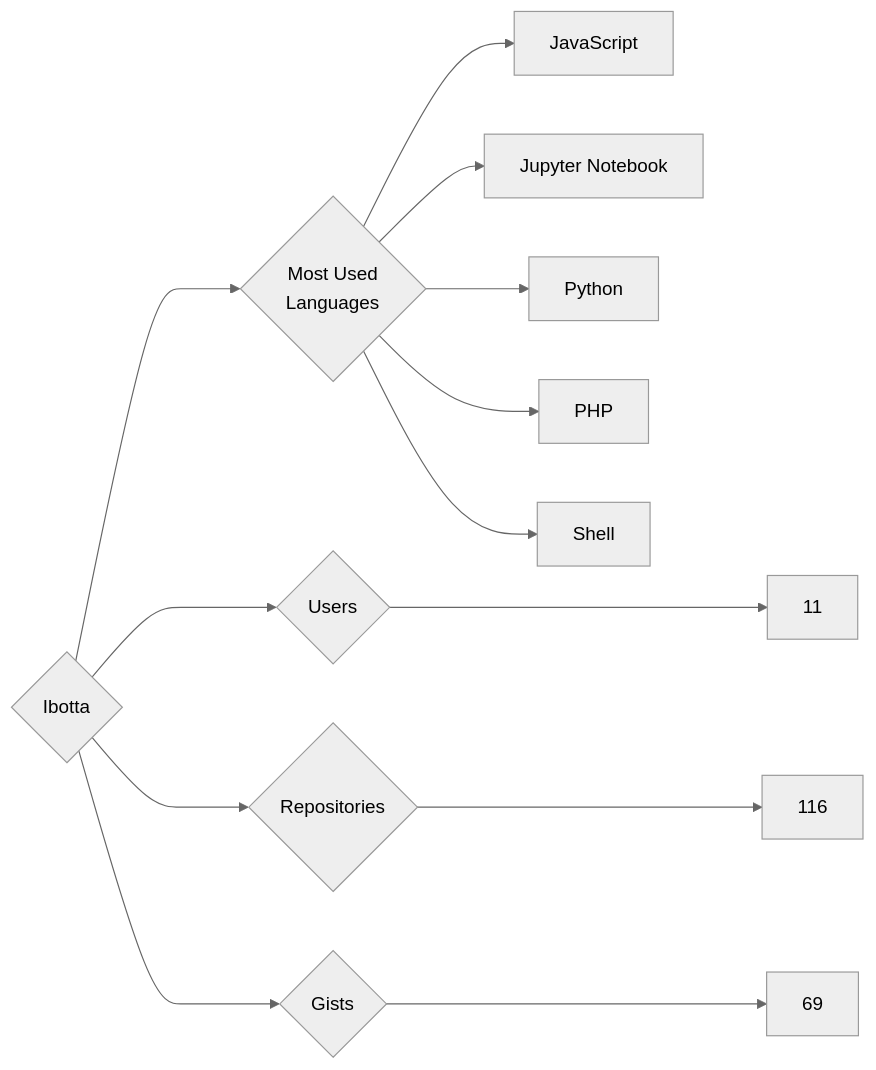
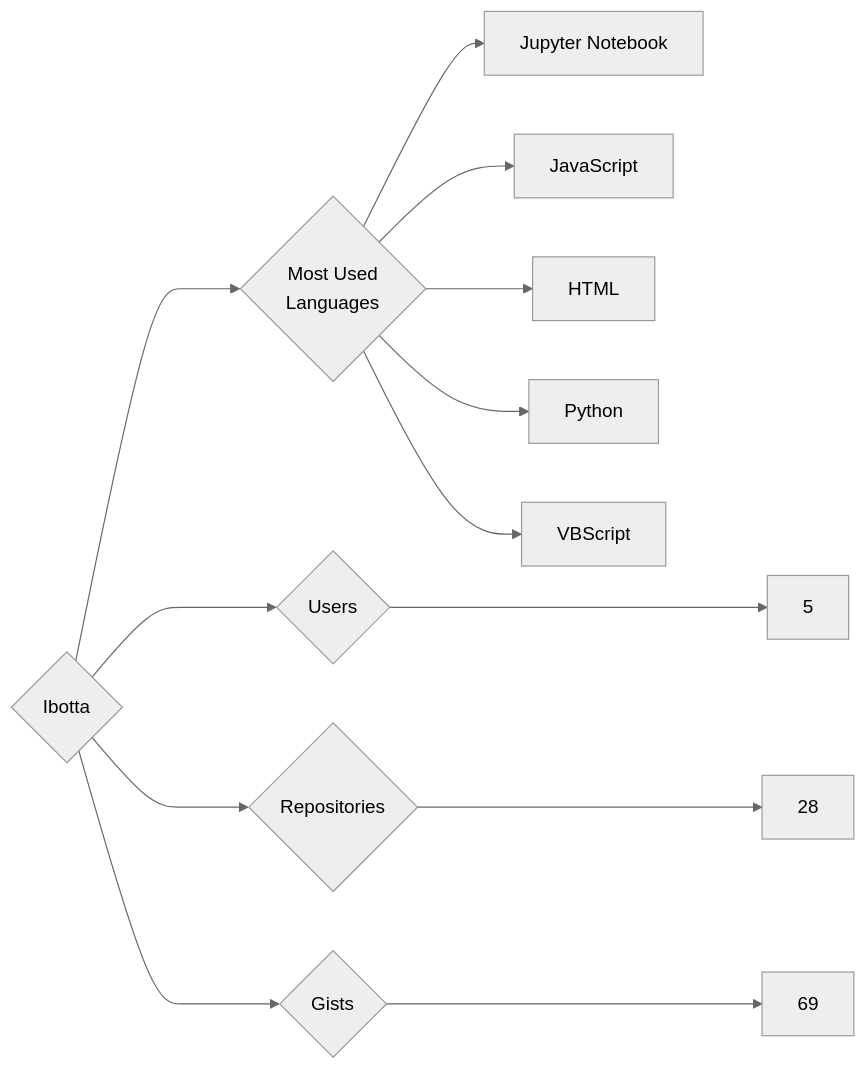
Before and after one commit to trickest/insiders: the diagram in targets/Ibotta/README.md, drawn with Mermaid (neutral theme). The commit also changed 934 other files, not shown here.

````diff
--- a/targets/Ibotta/README.md
+++ b/targets/Ibotta/README.md
@@ -3,13 +3,13 @@
 ```mermaid
 graph LR
 COMPANY_NAME{Ibotta}
-COMPANY_NAME ---> U{Users} ---> UN[11]
-COMPANY_NAME ---> R{Repositories} ---> RN[116]
+COMPANY_NAME ---> U{Users} ---> UN[5]
+COMPANY_NAME ---> R{Repositories} ---> RN[28]
 COMPANY_NAME ---> G{Gists} ---> GN[69]
 COMPANY_NAME ---> ML{Most Used<br>Languages}
+ML --> Jupyter_Notebook[Jupyter Notebook]
 ML --> JavaScript[JavaScript]
-ML --> Jupyter_Notebook[Jupyter Notebook]
+ML --> HTML[HTML]
 ML --> Python[Python]
-ML --> PHP[PHP]
-ML --> Shell[Shell]
+ML --> VBScript[VBScript]
 ```
````
